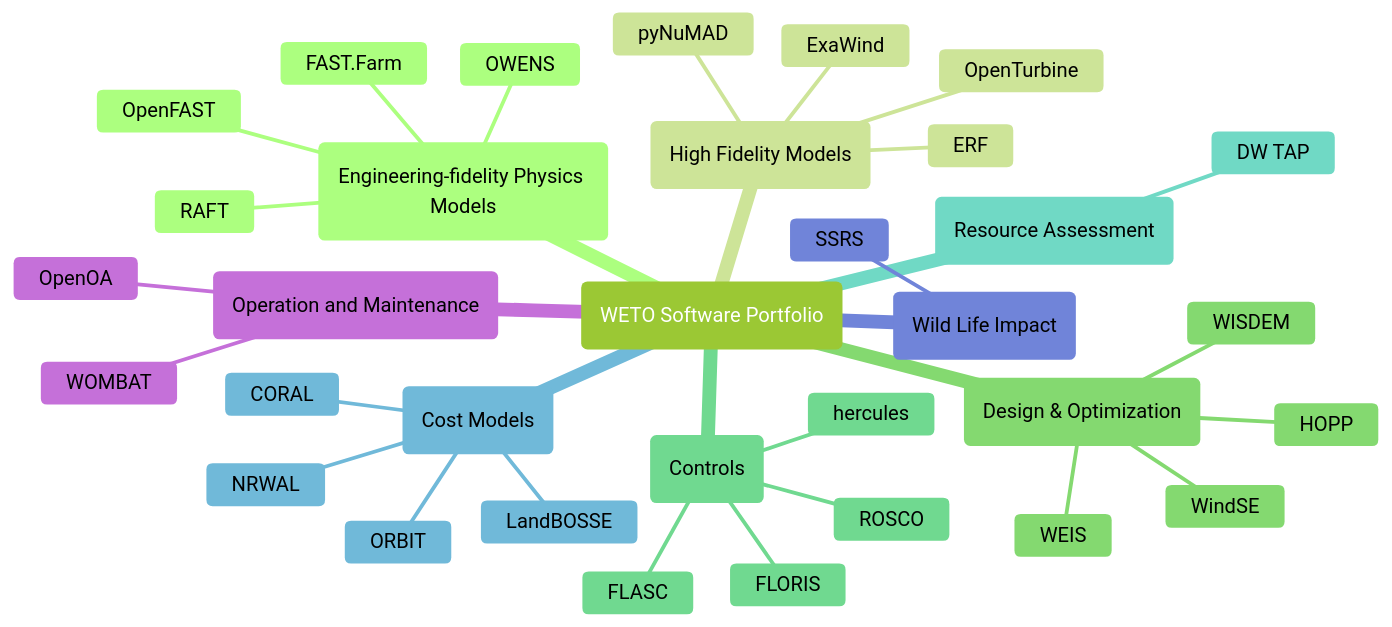
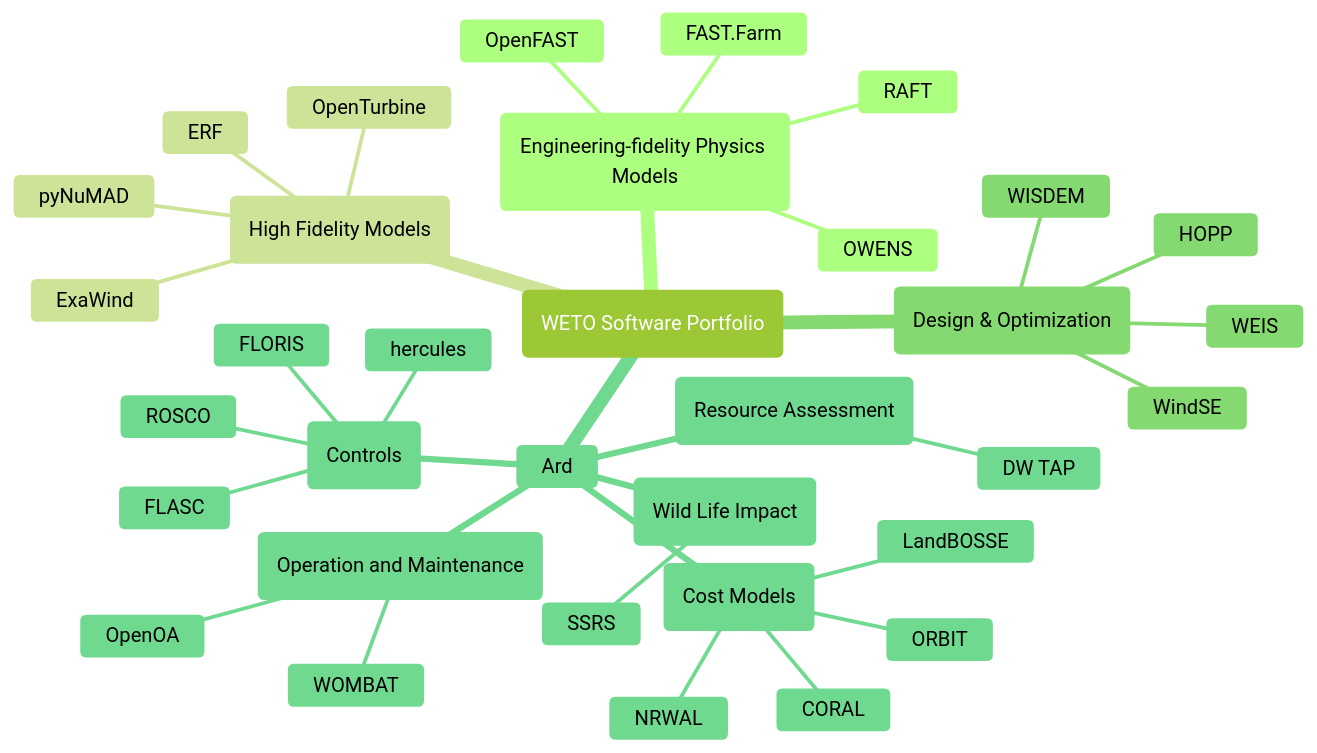
One commit to NREL/WETOStack changed the diagram in docs/portfolio_analysis/overview.md. Above: the diagram before and after it, drawn with Mermaid. The commit also changed other lines of this file and 4 other files, not shown here.

Commit message:
adding ard to other diagrams and listings on the site

````diff
--- a/docs/portfolio_analysis/overview.md
+++ b/docs/portfolio_analysis/overview.md
@@ -11,45 +11,46 @@
 ```{mermaid}
 %%{init: { 'logLevel': 'debug', 'theme': 'forest' } }%%
 
 mindmap
     root("WETO Software Portfolio")
         ps(Engineering-fidelity Physics Models)
             OpenFAST
             FAST.Farm
             RAFT
             OWENS
 
         hfm(High Fidelity Models)
             ExaWind
             ERF
             OpenTurbine
             pyNuMAD
 
         do(Design & Optimization)
             WEIS
             WISDEM
             WindSE
             HOPP
+			   Ard
 
         ctrl(Controls)
             ROSCO
             FLORIS
             FLASC
             hercules
 
         ra(Resource Assessment)
             DW TAP
 
         cost(Cost Models)
             LandBOSSE
             ORBIT
             CORAL
             NRWAL
 
         wild(Wild Life Impact)
             SSRS
 
         om(Operation and Maintenance)
             OpenOA
             WOMBAT
 ```
````
